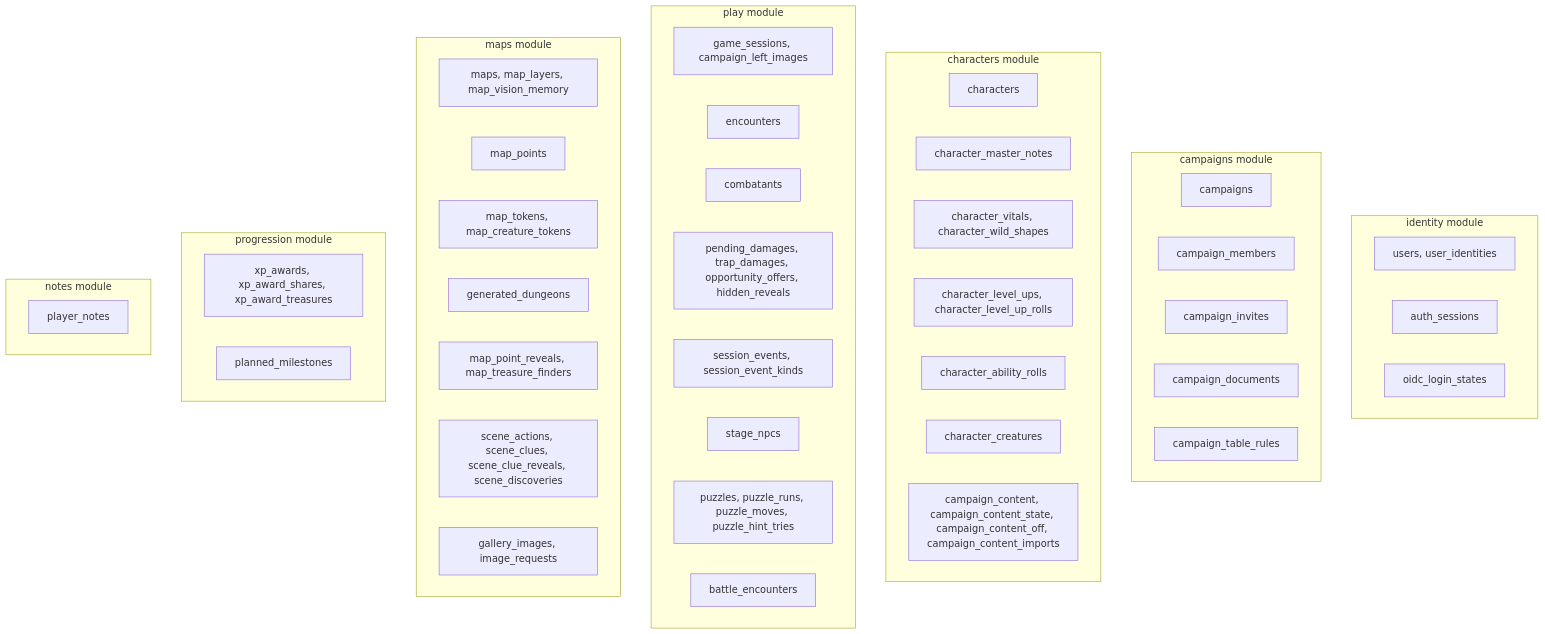
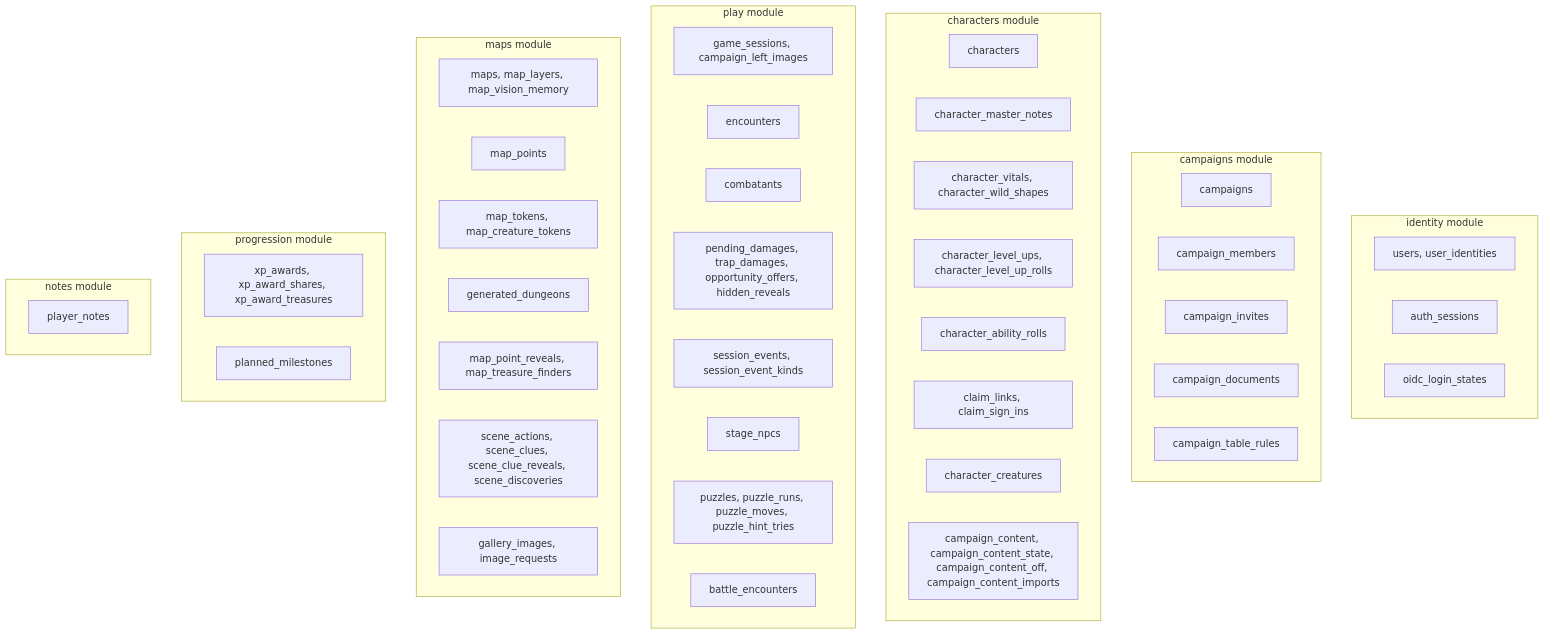
Before and after one commit to PuraFome/meuRPG: the first of 7 diagrams in docs/data.md, drawn with Mermaid. The commit also changed other lines of this file and 92 other files, not shown here.

````diff
--- a/docs/data.md
+++ b/docs/data.md
@@ -29,56 +29,57 @@
 ```mermaid
 flowchart TD
     subgraph identity["identity module"]
         t_users["users, user_identities"]
         t_auth_sessions["auth_sessions"]
         t_oidc_login_states["oidc_login_states"]
     end
 
     subgraph campaigns_mod["campaigns module"]
         t_campaigns["campaigns"]
         t_campaign_members["campaign_members"]
         t_campaign_invites["campaign_invites"]
         t_campaign_documents["campaign_documents"]
         t_campaign_table_rules["campaign_table_rules"]
     end
 
     subgraph characters_mod["characters module"]
         t_characters["characters"]
         t_character_master_notes["character_master_notes"]
         t_character_vitals["character_vitals, character_wild_shapes"]
         t_character_level_ups["character_level_ups, character_level_up_rolls"]
         t_character_ability_rolls["character_ability_rolls"]
+        t_claim_links["claim_links, claim_sign_ins"]
         t_character_creatures["character_creatures"]
         t_campaign_content["campaign_content, campaign_content_state, campaign_content_off, campaign_content_imports"]
     end
 
     subgraph play["play module"]
         t_game_sessions["game_sessions, campaign_left_images"]
         t_encounters["encounters"]
         t_combatants["combatants"]
         t_damage["pending_damages, trap_damages, opportunity_offers, hidden_reveals"]
         t_session_events["session_events, session_event_kinds"]
         t_stage_npcs["stage_npcs"]
         t_puzzles["puzzles, puzzle_runs, puzzle_moves, puzzle_hint_tries"]
         t_battle_encounters["battle_encounters"]
     end
 
     subgraph maps_mod["maps module"]
         t_maps["maps, map_layers, map_vision_memory"]
         t_map_points["map_points"]
         t_map_tokens["map_tokens, map_creature_tokens"]
         t_generated_dungeons["generated_dungeons"]
         t_map_point_reveals["map_point_reveals, map_treasure_finders"]
         t_scene["scene_actions, scene_clues, scene_clue_reveals, scene_discoveries"]
         t_gallery_images["gallery_images, image_requests"]
     end
 
     subgraph progression["progression module"]
         t_xp_awards["xp_awards, xp_award_shares, xp_award_treasures"]
         t_planned_milestones["planned_milestones"]
     end
 
     subgraph notes_mod["notes module"]
         t_player_notes["player_notes"]
     end
 ```
````
